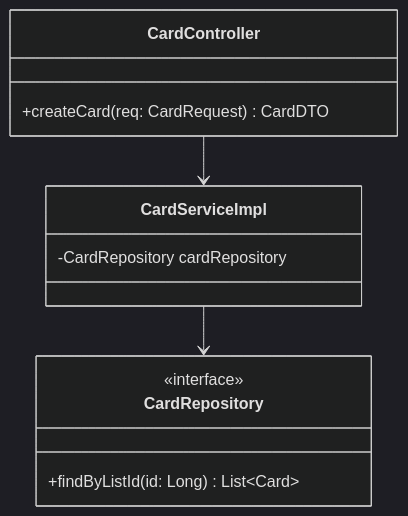
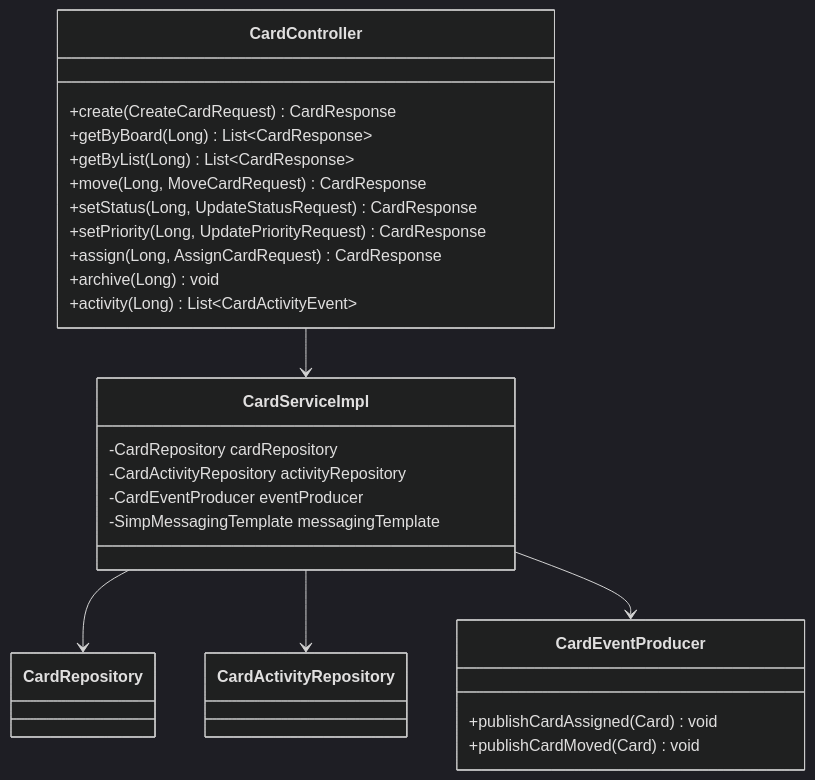
Before and after one commit to Prashant-kumar-sharma/FlowBoard-Backend: the second of 4 diagrams in docs/services/card-service/diagrams.md, drawn with Mermaid (dark theme). The commit also changed other lines of this file and 10 other files, not shown here.

Commit message:
[Prashant] : Added Diagrams for all the services

````diff
--- a/docs/services/card-service/diagrams.md
+++ b/docs/services/card-service/diagrams.md
@@ -16,15 +36,31 @@
 ```mermaid
 classDiagram
     class CardController {
-        +createCard(req: CardRequest) CardDTO
+        +create(CreateCardRequest) CardResponse
+        +getByBoard(Long) List~CardResponse~
+        +getByList(Long) List~CardResponse~
+        +move(Long, MoveCardRequest) CardResponse
+        +setStatus(Long, UpdateStatusRequest) CardResponse
+        +setPriority(Long, UpdatePriorityRequest) CardResponse
+        +assign(Long, AssignCardRequest) CardResponse
+        +archive(Long) void
+        +activity(Long) List~CardActivityEvent~
     }
+
     class CardServiceImpl {
         -CardRepository cardRepository
+        -CardActivityRepository activityRepository
+        -CardEventProducer eventProducer
+        -SimpMessagingTemplate messagingTemplate
     }
-    class CardRepository {
-        <<interface>>
-        +findByListId(id: Long) List~Card~
+
+    class CardEventProducer {
+        +publishCardAssigned(Card) void
+        +publishCardMoved(Card) void
     }
+
     CardController --> CardServiceImpl
     CardServiceImpl --> CardRepository
+    CardServiceImpl --> CardActivityRepository
+    CardServiceImpl --> CardEventProducer
 ```
````
